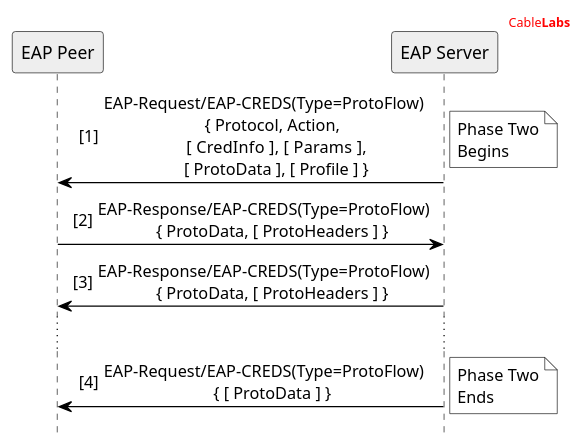
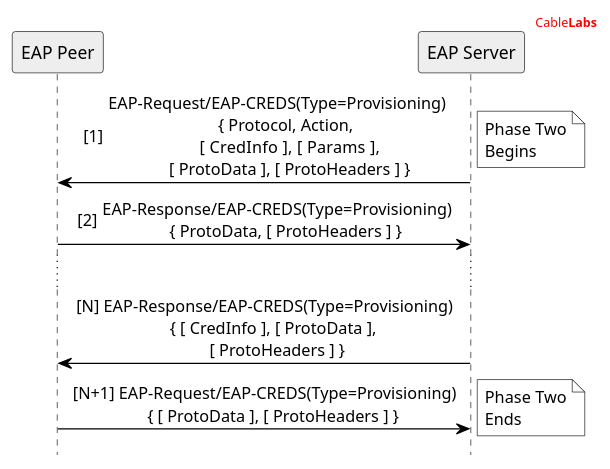
The diagram in UML/EAP-CREDS Phase Two Flow.puml (openca/eap-creds), drawn with PlantUML before and after one commit. The commit also changed 5 other files, not shown here.

```diff
--- a/UML/EAP-CREDS Phase Two Flow.puml
+++ b/UML/EAP-CREDS Phase Two Flow.puml
@@ -2,43 +2,45 @@
 @startuml
 
 '' header information
 header
 <font color="red">Cable<b>Labs</b></font>
 endheader
 
 '' Use this to hide the foot boxes
 hide footbox
 
 skinparam sequenceMessageAlign center
 skinparam NoteBorderColor black
 '' skinparam BackgroundColor #ddd
 
 skinparam sequence {
 	borderColor black
 	ArrowColor black
 	ActorBorderColor black
 	ParticipantBorderColor black
 	LifeLineBorderColor black
 	LifeLineBackgroundColor white
 }
 
 '' Participants Declaration
 Participant "EAP Peer" as P #eee
 Participant "EAP Server" as S #eee
 
 autonumber 1 "[##]"
 
-S->P: EAP-Request/EAP-CREDS(Type=ProtoFlow)\n    { Protocol, Action,\n      [ CredInfo  ], [ Params ],\n      [ ProtoData ], [ Profile ] }
+S->P: EAP-Request/EAP-CREDS(Type=Provisioning)\n    { Protocol, Action,\n      [ CredInfo  ], [ Params ],\n      [ ProtoData ], [ ProtoHeaders ] }
 note right #fff: Phase Two\nBegins
 
-P->S: EAP-Response/EAP-CREDS(Type=ProtoFlow)\n    { ProtoData, [ ProtoHeaders ] }
+P->S: EAP-Response/EAP-CREDS(Type=Provisioning)\n    { ProtoData, [ ProtoHeaders ] }
 
-S->P: EAP-Response/EAP-CREDS(Type=ProtoFlow)\n    { ProtoData, [ ProtoHeaders ] }
+autonumber stop
 
 ...
 
-S->P: EAP-Request/EAP-CREDS(Type=ProtoFlow)\n    { [ ProtoData ] }
+S->P: [N] EAP-Response/EAP-CREDS(Type=Provisioning)\n    { [ CredInfo ], [ ProtoData ],\n      [ ProtoHeaders ] }
+
+P->S: [N+1] EAP-Request/EAP-CREDS(Type=Provisioning)\n    { [ ProtoData ], [ ProtoHeaders ] }
 note right #fff: Phase Two\nEnds
 
 
 @enduml
```
